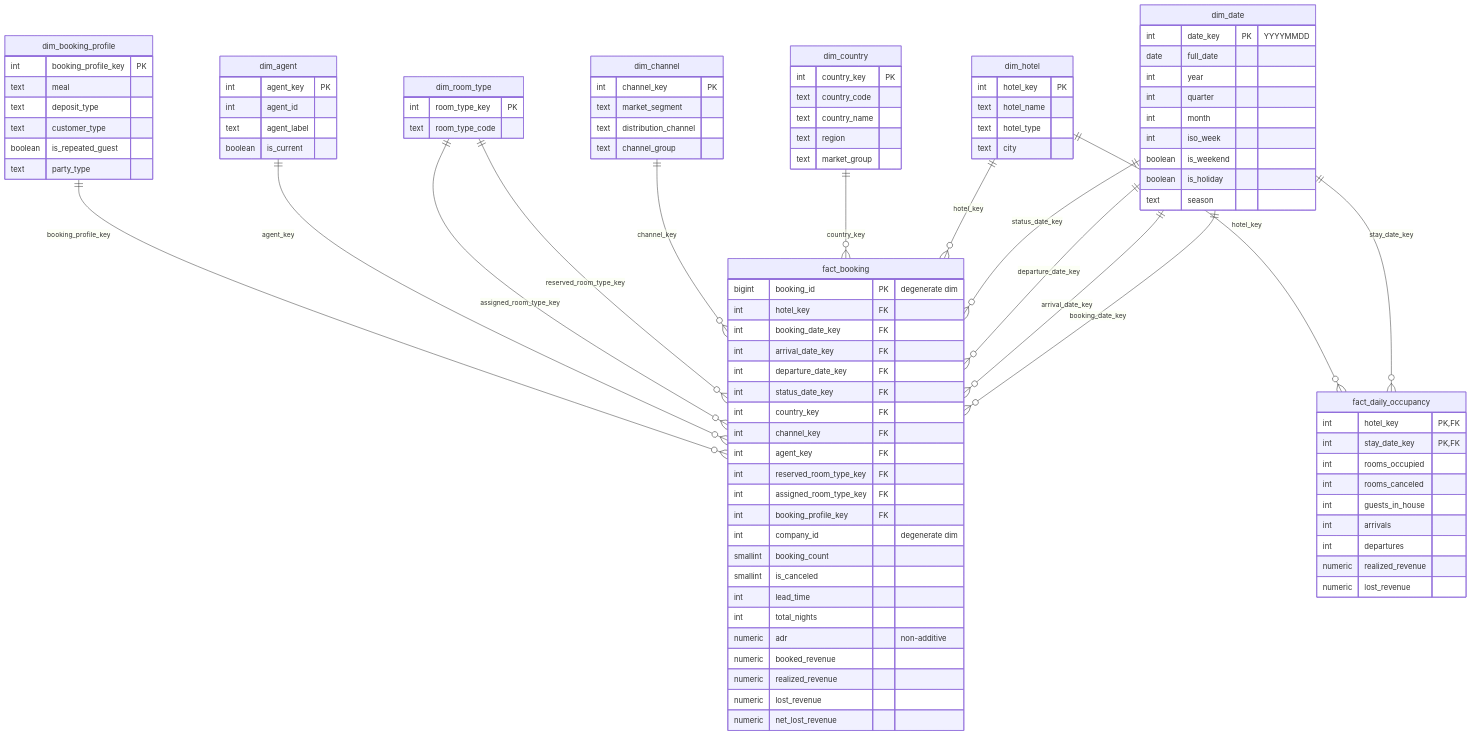
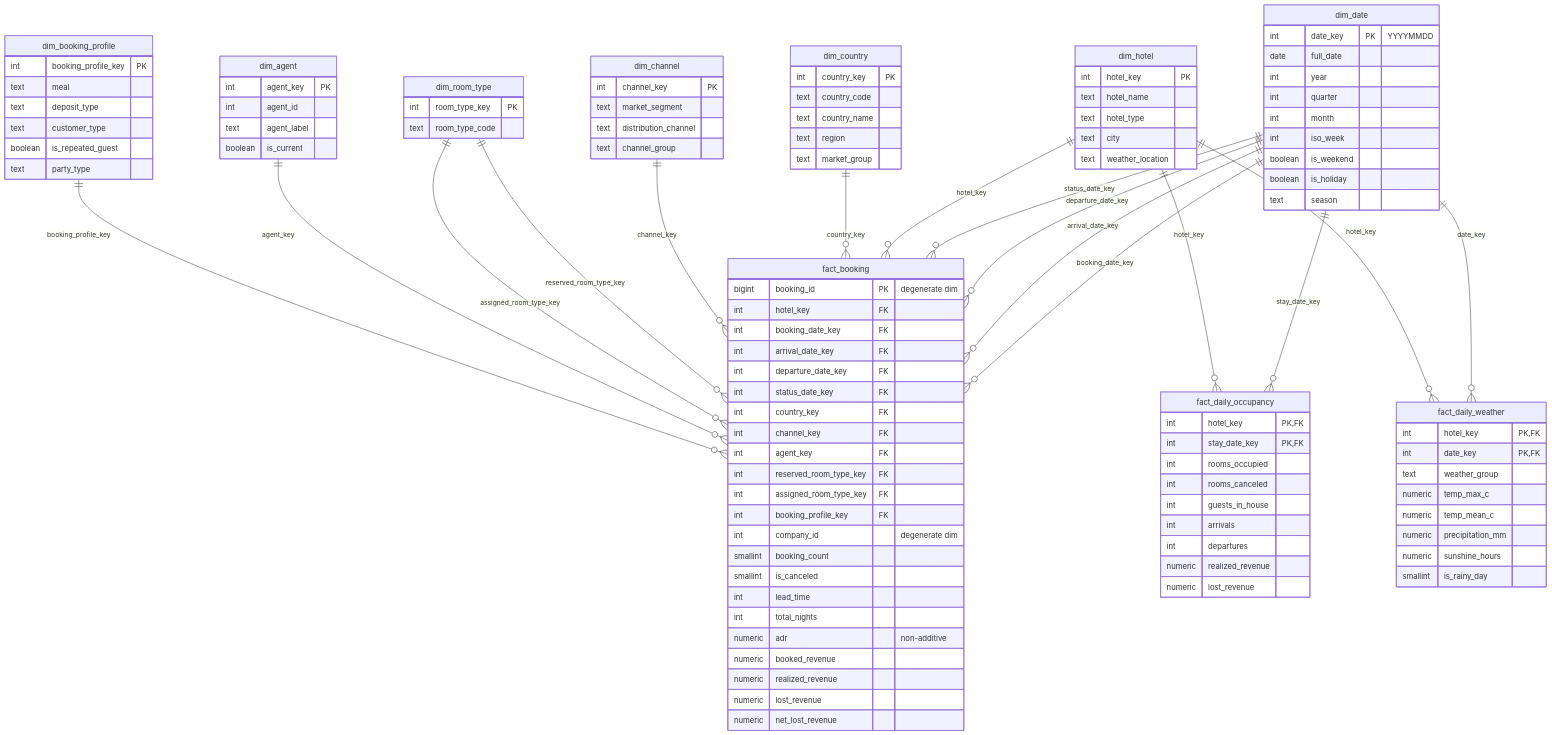
Before and after one commit to XuanSang2005/datawarehouse: the diagram in docs/STAR_SCHEMA.md, drawn with Mermaid. The commit also changed other lines of this file and 22 other files, not shown here.

First line of the commit message:
feat(etl): Open-Meteo weather source, gold weather fact and Docker ETL service (E2) (#53)

```diff
--- a/docs/STAR_SCHEMA.md
+++ b/docs/STAR_SCHEMA.md
@@ -47,6 +49,8 @@
     dim_booking_profile ||--o{ fact_booking : "booking_profile_key"
     dim_date ||--o{ fact_daily_occupancy : "stay_date_key"
     dim_hotel ||--o{ fact_daily_occupancy : "hotel_key"
+    dim_date ||--o{ fact_daily_weather : "date_key"
+    dim_hotel ||--o{ fact_daily_weather : "hotel_key"
 
     fact_booking {
         bigint booking_id PK "degenerate dim"
@@ -83,6 +87,16 @@
         numeric realized_revenue
         numeric lost_revenue
     }
+    fact_daily_weather {
+        int hotel_key PK, FK
+        int date_key PK, FK
+        text weather_group
+        numeric temp_max_c
+        numeric temp_mean_c
+        numeric precipitation_mm
+        numeric sunshine_hours
+        smallint is_rainy_day
+    }
     dim_date {
         int date_key PK "YYYYMMDD"
         date full_date
@@ -99,6 +113,7 @@
         text hotel_name
         text hotel_type
         text city
+        text weather_location
     }
     dim_country {
         int country_key PK
```
